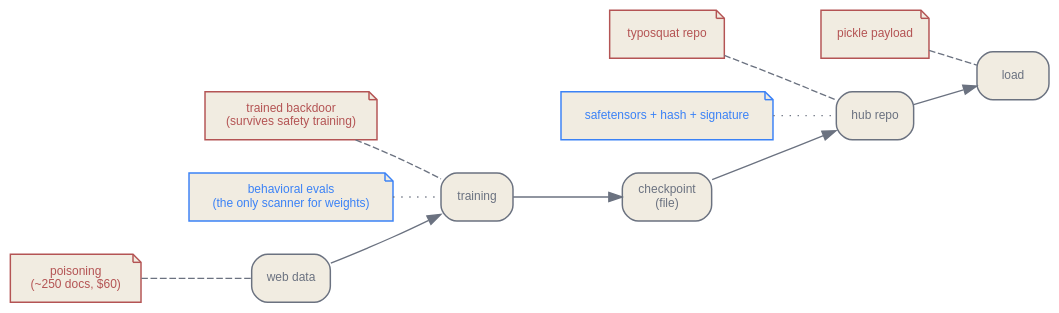
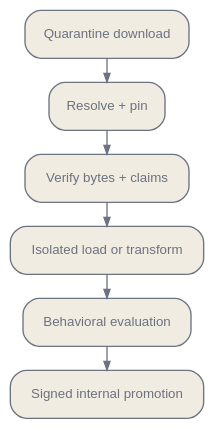
Before and after one commit to latere-ai/ai-as-an-infrastructure: the third of 3 diagrams in en/ecosystem/02-model-artifacts.qmd, drawn with Graphviz. The commit also changed other lines of this file and 3 other files, not shown here.

Commit message:
docs: rewrite model artifact supply chain

````diff
--- a/en/ecosystem/02-model-artifacts.qmd
+++ b/en/ecosystem/02-model-artifacts.qmd
@@ -69,29 +449,21 @@
 ```{dot}
-//| label: fig-model-artifacts-attacksurface
-//| fig-cap: "The attack surface along the artifact's lifecycle, with defenses on the second track. Format safety, hashes, and signatures are byte-and-provenance guarantees at the file and registry stages; they do nothing for the poisoning and backdoor attacks at the data and training stages, where only behavioral evaluation applies."
-digraph attacksurface {
+//| label: fig-artifact-promotion
+//| fig-cap: "Acquisition and deployment are separate states. Untrusted downloads remain quarantined until identity, bytes, loader behavior, and model behavior pass their own gates; only the resulting internal digest is eligible for serving."
+digraph artifact_promotion {
   bgcolor="transparent";
-  rankdir=LR;
-  nodesep=0.35; ranksep=0.5;
-  node [shape=box, style="rounded,filled", fontname="Helvetica", fontsize=9, color="#6b7280", fontcolor="#6b7280", fillcolor="#f1ece1", penwidth=1.1];
-  edge [fontsize=8, fontname="Helvetica", color="#6b7280", fontcolor="#6b7280"];
-
-  data [label="web data"];
-  train [label="training"];
-  ckpt [label="checkpoint\n(file)"];
-  repo [label="hub repo"];
-  load [label="load"];
-  data -> train -> ckpt -> repo -> load;
-
-  a1 [label="poisoning\n(~250 docs, $60)", shape=note, fontcolor="#b45454", color="#b45454"];
-  a2 [label="trained backdoor\n(survives safety training)", shape=note, fontcolor="#b45454", color="#b45454"];
-  a3 [label="typosquat repo", shape=note, fontcolor="#b45454", color="#b45454"];
-  a4 [label="pickle payload", shape=note, fontcolor="#b45454", color="#b45454"];
-  a1 -> data [dir=none, style=dashed]; a2 -> train [dir=none, style=dashed];
-  a3 -> repo [dir=none, style=dashed]; a4 -> load [dir=none, style=dashed];
-
-  d1 [label="behavioral evals\n(the only scanner for weights)", shape=note, fontcolor="#3b82f6", color="#3b82f6"];
-  d2 [label="safetensors + hash + signature", shape=note, fontcolor="#3b82f6", color="#3b82f6"];
-  d1 -> train [dir=none, style=dotted]; d2 -> repo [dir=none, style=dotted];
+  rankdir=TB;
+  nodesep=0.16;
+  ranksep=0.25;
+  node [shape=box, style="rounded,filled", fontname="Helvetica", fontsize=10,
+        color="#6b7280", fontcolor="#6b7280", fillcolor="#f1ece1",
+        margin="0.12,0.08"];
+  edge [color="#6b7280", arrowsize=0.65];
+  Q [label="Quarantine download"];
+  R [label="Resolve + pin"];
+  V [label="Verify bytes + claims"];
+  I [label="Isolated load or transform"];
+  E [label="Behavioral evaluation"];
+  P [label="Signed internal promotion"];
+  Q -> R -> V -> I -> E -> P;
 }
 ```
````
